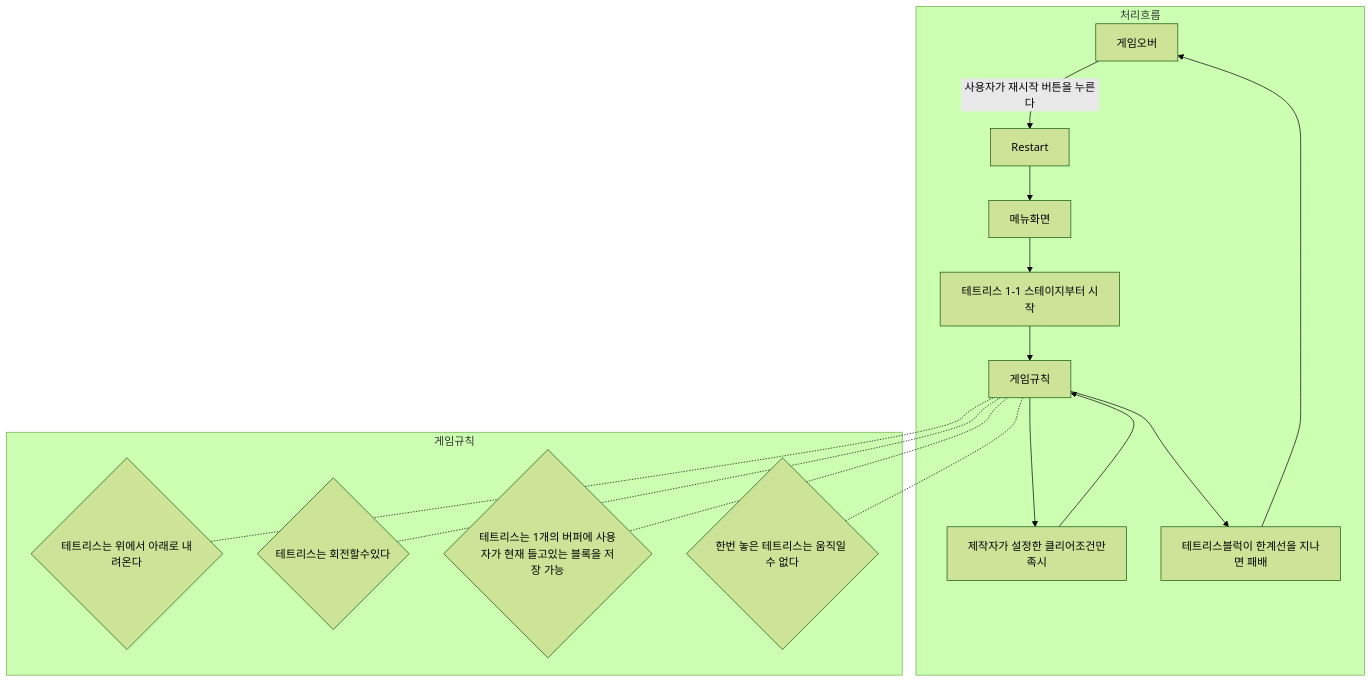
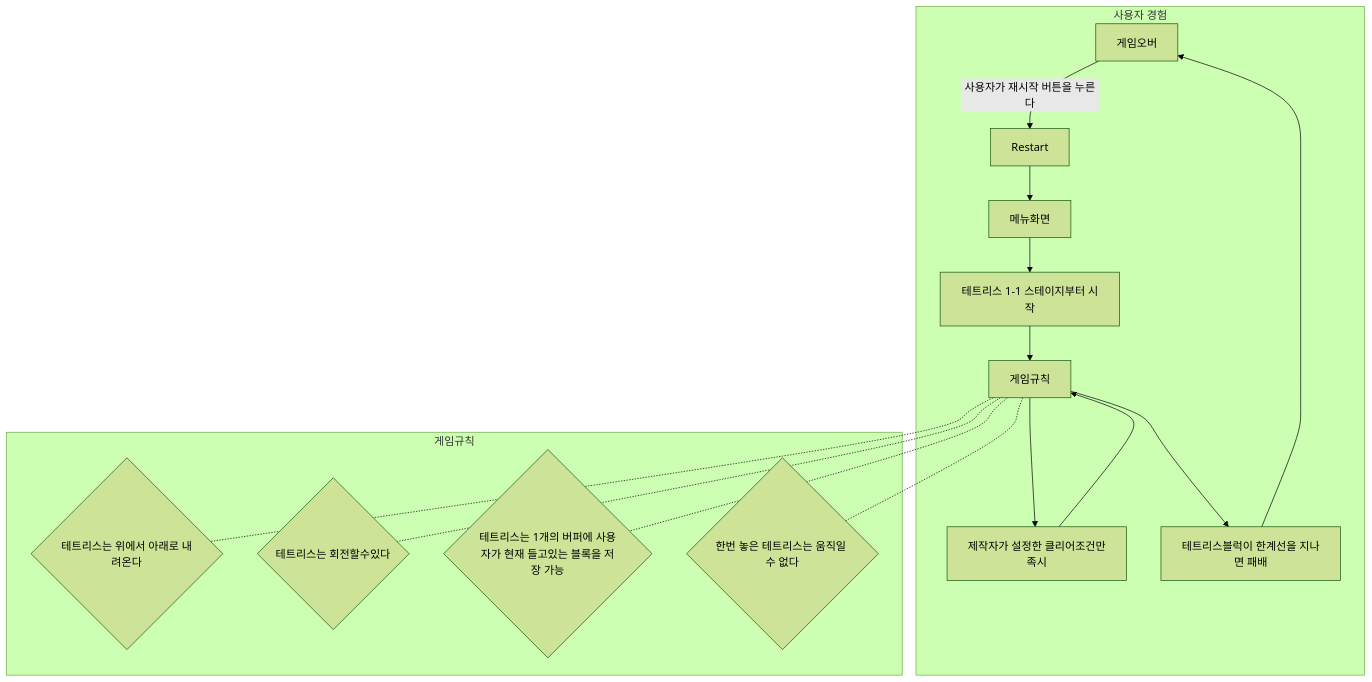
Before and after one commit to BADUGII/Tutorial_Imitation_Teris: the first of 2 diagrams in Diagrams/20210519_Diagram.md, drawn with Mermaid (forest theme).

````diff
--- a/Diagrams/20210519_Diagram.md
+++ b/Diagrams/20210519_Diagram.md
@@ -2,22 +2,22 @@
 ```mermaid
 graph TD
-  subgraph GameFlow[처리흐름]
+  subgraph GameFlow[사용자 경험]
     GameOver[게임오버] -->|사용자가 재시작 버튼을 누른다| Restart
     Restart --> Menu[메뉴화면]
     Menu -->  GameStart[테트리스 1-1 스테이지부터 시작]
     
     GameStart --> Play[게임규칙]
     Play --> Clear[제작자가 설정한 클리어조건만족시]
     Clear--> Play
     Play --> LoseCondition[테트리스블럭이 한계선을 지나면 패배]
     LoseCondition --> GameOver
   end
   subgraph GameRule[게임규칙]
     
   Play -.- Rule1{테트리스는 위에서 아래로 내려온다}
   Play -.- Rule2{테트리스는 회전할수있다}
   Play -.- Rule3{테트리스는 1개의 버퍼에 사용자가 현재 들고있는 블록을 저장 가능}
   Play -.- Rule4{한번 놓은 테트리스는 움직일 수 없다}
 end
   
 ```
````
